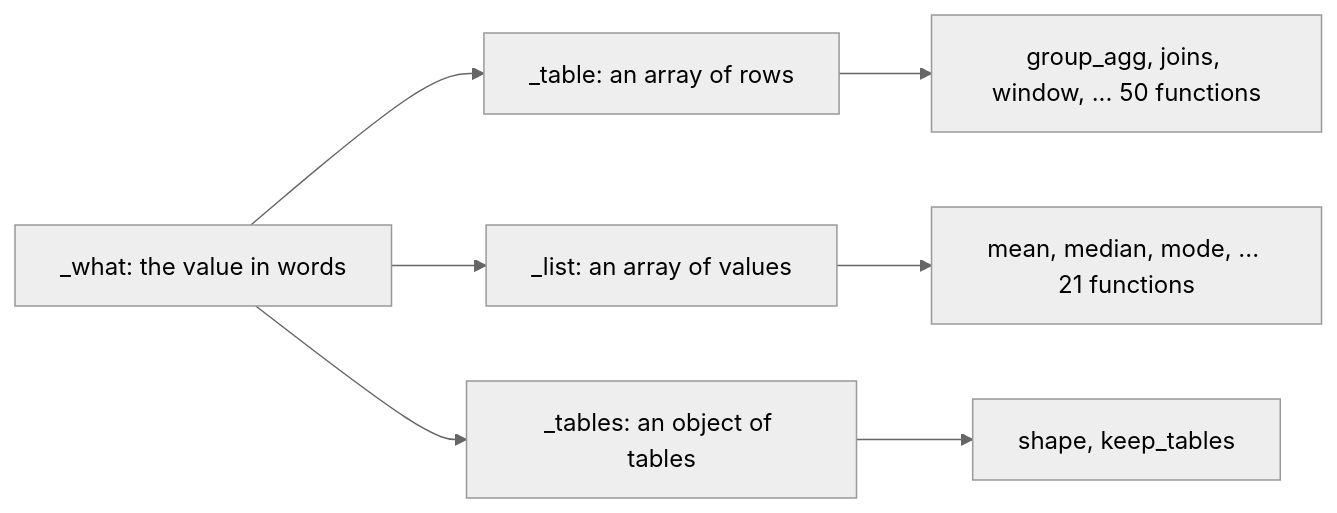
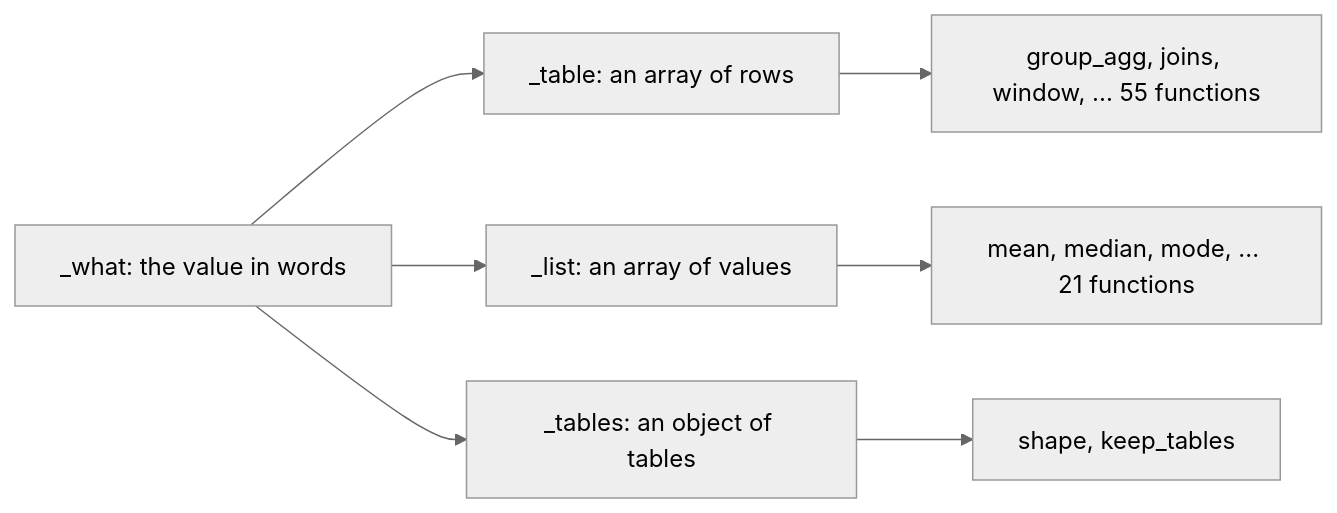
One commit to kundeng/jq-analytics changed the diagram in docs/readout/00-input-checks.md. Above: the diagram before and after it, drawn with Mermaid (neutral theme). The commit also changed other lines of this file and 46 other files, not shown here.

````diff
--- a/docs/readout/00-input-checks.md
+++ b/docs/readout/00-input-checks.md
@@ -7,9 +24,9 @@
 ```mermaid
 flowchart LR
   W[_what: the value in words] --> T[_table: an array of rows]
   W --> L[_list: an array of values]
   W --> O[_tables: an object of tables]
-  T --> F1[group_agg, joins, window, ... 50 functions]
+  T --> F1[group_agg, joins, window, ... 55 functions]
   L --> F2[mean, median, mode, ... 21 functions]
   O --> F3[shape, keep_tables]
 ```
````
